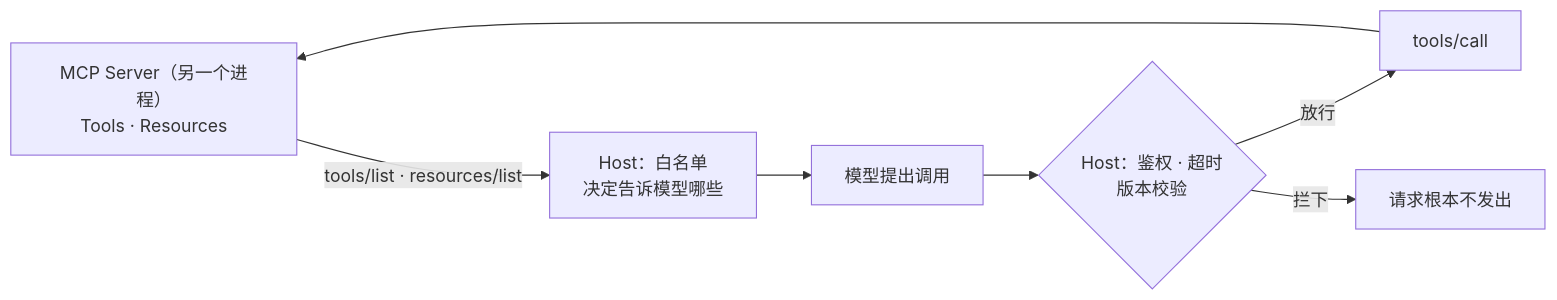
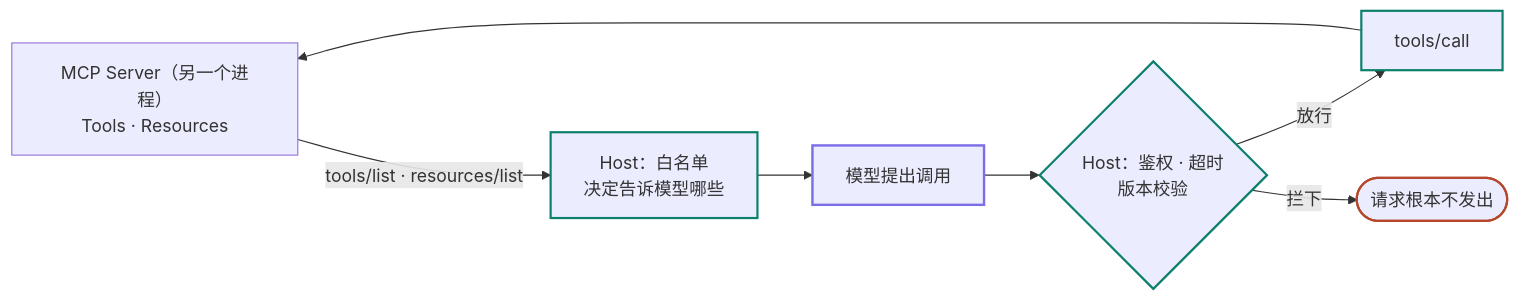
One commit to lance2016/ai-app-engineering changed the second of 2 diagrams in lessons/mcp/README.md. Above: the diagram before and after it, drawn with Mermaid. The commit also changed 21 other files, not shown here.

````diff
--- a/lessons/mcp/README.md
+++ b/lessons/mcp/README.md
@@ -103,9 +103,15 @@
 ```mermaid
 flowchart LR
+    classDef model stroke:#7c6ee6,stroke-width:2.2px
+    classDef runtime stroke:#0d806b,stroke-width:2px
+    classDef risk stroke:#b5472d,stroke-width:2px
     S["MCP Server（另一个进程）<br/>Tools · Resources"] -->|tools/list · resources/list| W
     W["Host：白名单<br/>决定告诉模型哪些"] --> M[模型提出调用]
     M --> G{"Host：鉴权 · 超时<br/>版本校验"}
     G -- 放行 --> C["tools/call"]
-    G -- 拦下 --> X[请求根本不发出]
+    G -- 拦下 --> X([请求根本不发出])
     C --> S
+    class W,G,C runtime
+    class M model
+    class X risk
 ```
````
